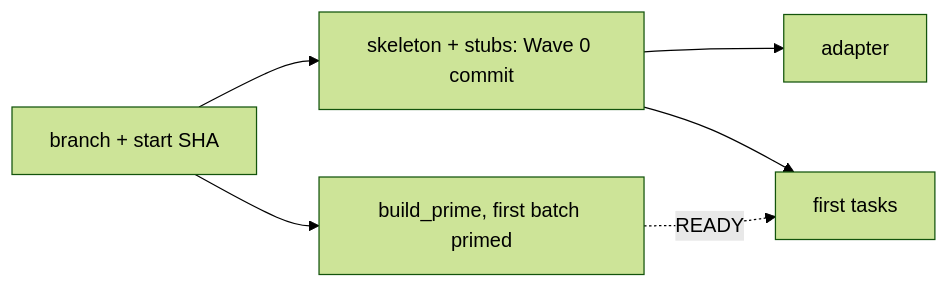
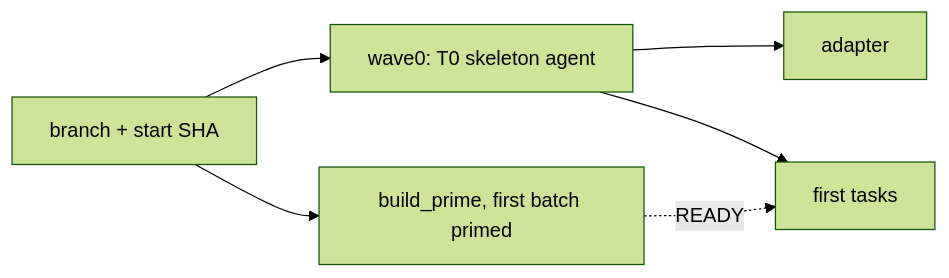
One commit to devcomfort/superlite changed the first of 5 diagrams in skills/subagent-driven-development/SKILL.md. Above: the diagram before and after it, drawn with Mermaid (forest theme). The commit also changed other lines of this file and 18 other files, not shown here.

First line of the commit message:
Plan flow, Wave 0 owner and deterministic tier routing

````diff
--- a/skills/subagent-driven-development/SKILL.md
+++ b/skills/subagent-driven-development/SKILL.md
@@ -19,8 +19,8 @@
 ```mermaid
 flowchart LR
-  B[branch + start SHA] --> K[skeleton + stubs: Wave 0 commit]
+  B[branch + start SHA] --> K[wave0: T0 skeleton agent]
   B --> P[build_prime, first batch primed]
   K --> A[adapter]
   P -. READY .-> T[first tasks]
   K --> T
 ```
````
